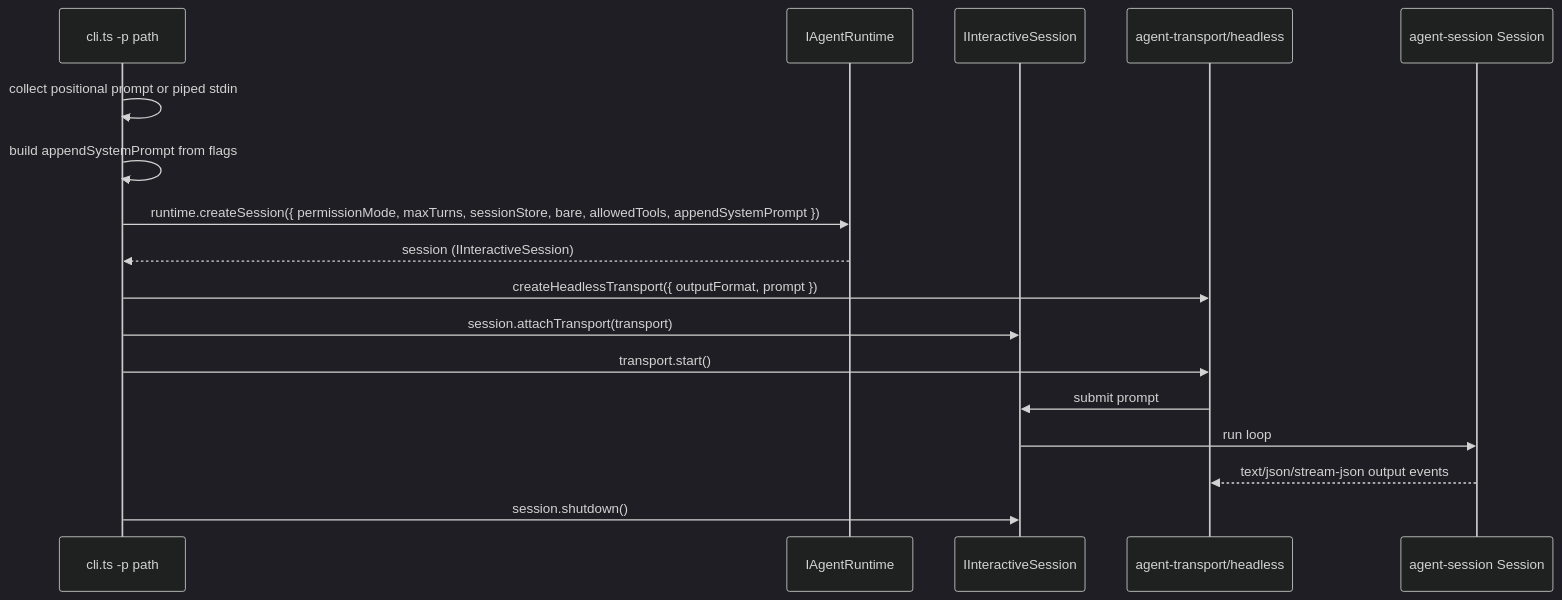
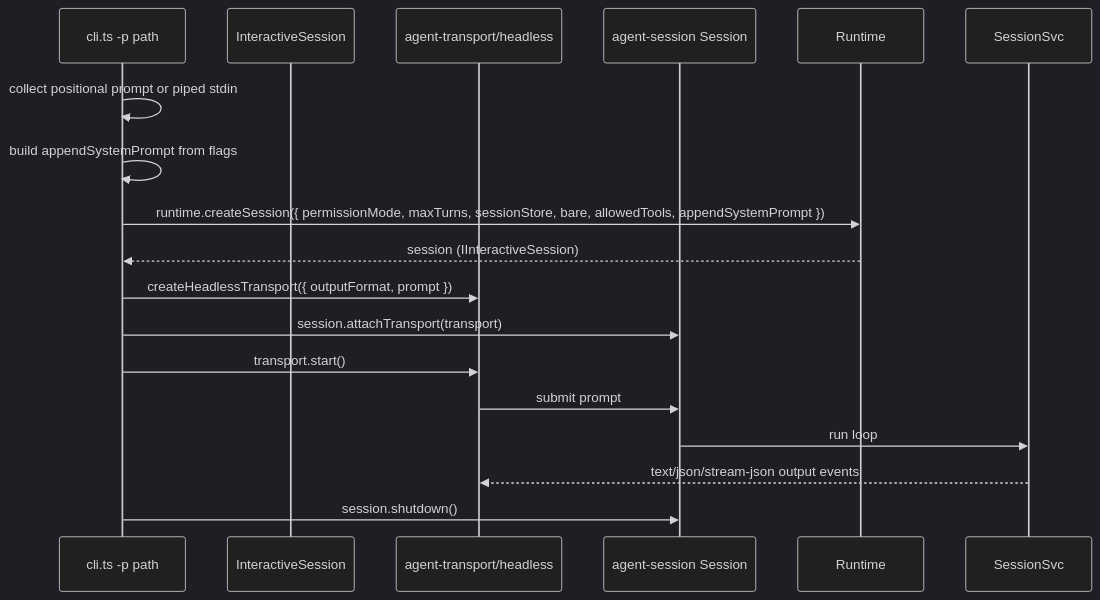
Before and after one commit to woojubb/robota: the second of 3 diagrams in .agents/specs/architecture-map/agent-cli/execution-modes.md, drawn with Mermaid (dark theme). The commit also changed other lines of this file and 66 other files, not shown here.

````diff
--- a/.agents/specs/architecture-map/agent-cli/execution-modes.md
+++ b/.agents/specs/architecture-map/agent-cli/execution-modes.md
@@ -40,20 +40,19 @@
 ```mermaid
 sequenceDiagram
   participant CLI as cli.ts -p path
-  participant Runtime as IAgentRuntime
-  participant Session as IInteractiveSession
+  participant SDK as InteractiveSession
   participant Transport as agent-transport/headless
-  participant SessionSvc as agent-session Session
+  participant Session as agent-session Session
 
   CLI->>CLI: collect positional prompt or piped stdin
   CLI->>CLI: build appendSystemPrompt from flags
   CLI->>Runtime: runtime.createSession({ permissionMode, maxTurns, sessionStore, bare, allowedTools, appendSystemPrompt })
   Runtime-->>CLI: session (IInteractiveSession)
   CLI->>Transport: createHeadlessTransport({ outputFormat, prompt })
   CLI->>Session: session.attachTransport(transport)
   CLI->>Transport: transport.start()
   Transport->>Session: submit prompt
   Session->>SessionSvc: run loop
   SessionSvc-->>Transport: text/json/stream-json output events
   CLI->>Session: session.shutdown()
 ```
````
